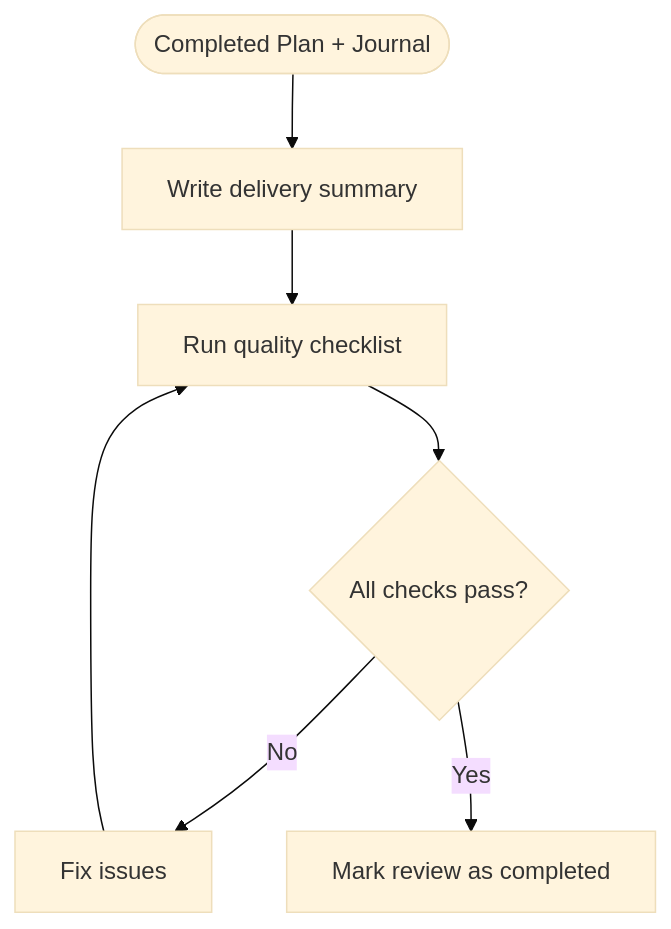
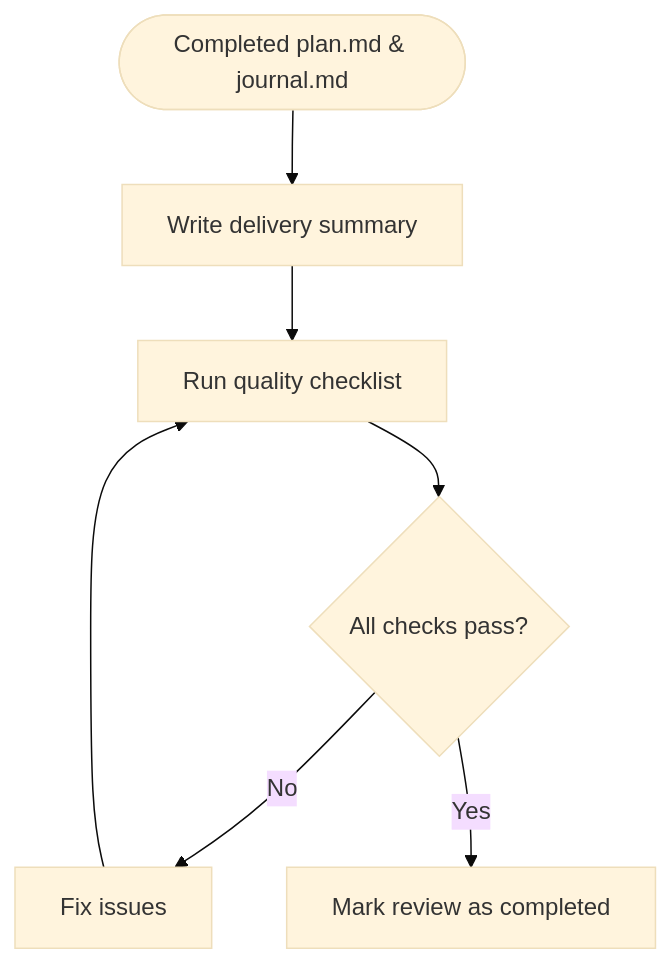
One commit to itsnamor/flower changed the diagram in core/skills/flower/references/review.md. Above: the diagram before and after it, drawn with Mermaid (base theme). The commit also changed other lines of this file and 8 other files, not shown here.

First line of the commit message:
refactor(flower): restructure workflow from 3 phases to 4

````diff
--- a/core/skills/flower/references/review.md
+++ b/core/skills/flower/references/review.md
@@ -5,9 +5,9 @@
 ```mermaid
 flowchart TD
-    Start([Completed Plan + Journal]) --> S[Write delivery summary]
+    Start([Completed plan.md & journal.md]) --> S[Write delivery summary]
     S --> CL[Run quality checklist]
     CL --> CF{All checks pass?}
     CF -- No --> Fix[Fix issues]
     Fix --> CL
     CF -- Yes --> Done[Mark review as completed]
 ```
````
